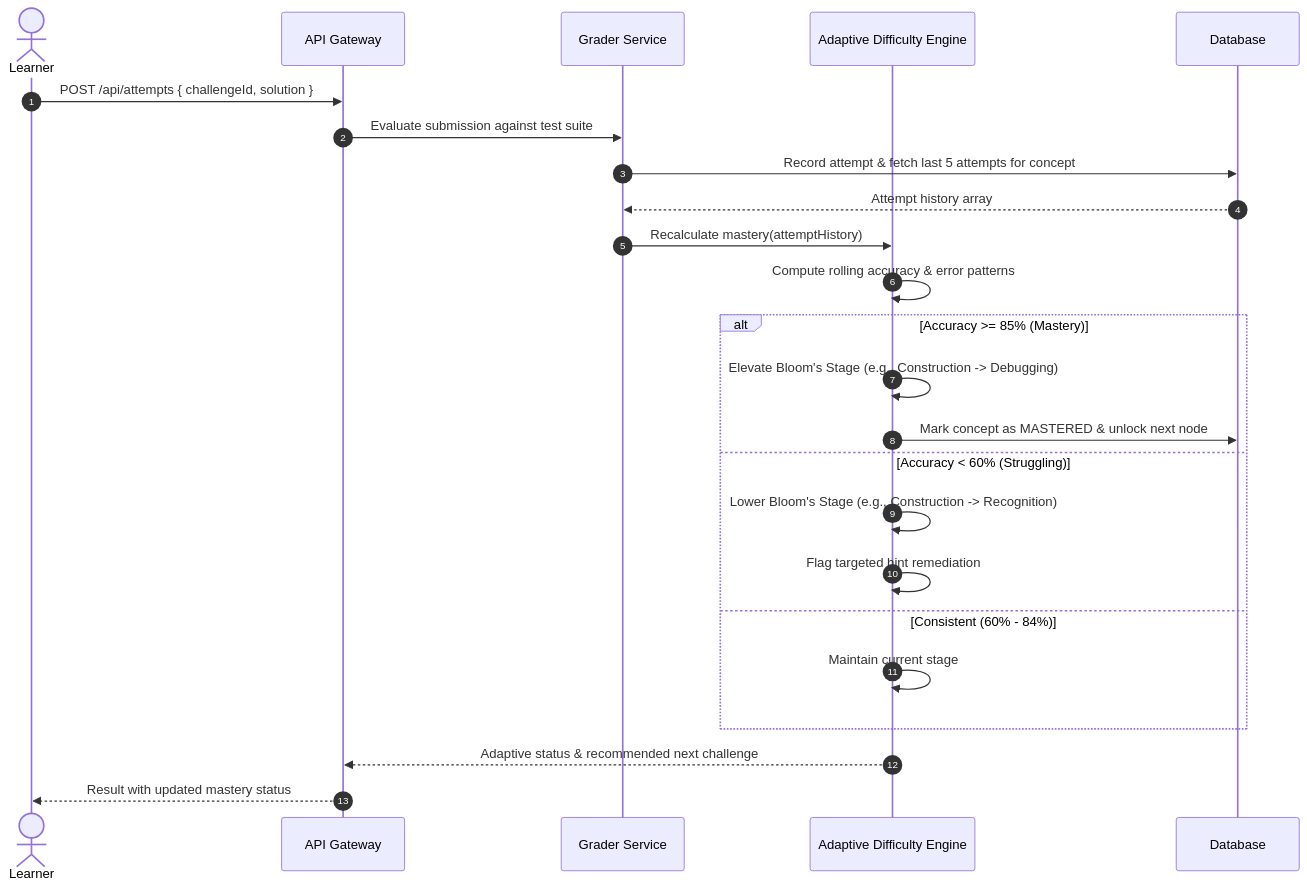
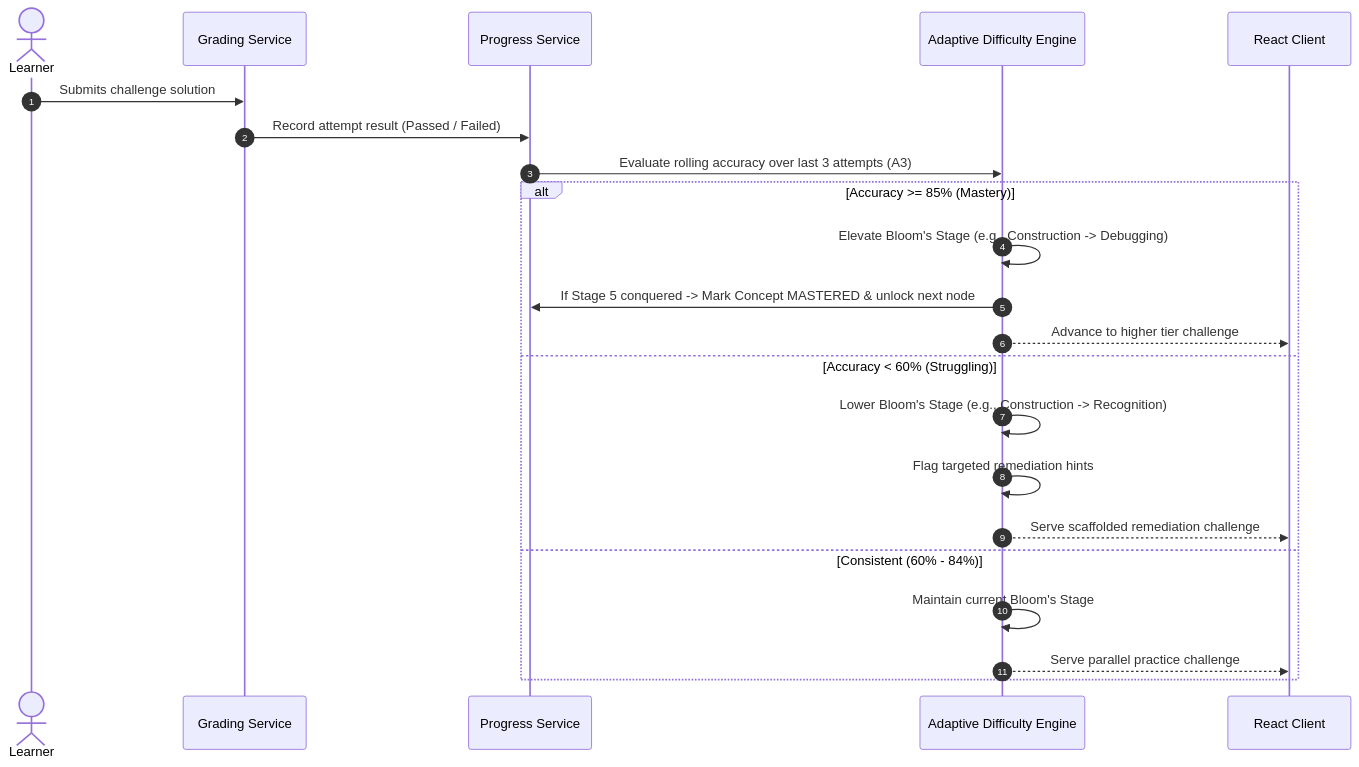
Before and after one commit to tanushreesrivastavs125-code/CodeVerse: diagram 12 of 13 in docs/HLD.md, drawn with Mermaid. The commit also changed other lines of this file, not shown here.

````diff
--- a/docs/HLD.md
+++ b/docs/HLD.md
@@ -1250,27 +1431,25 @@
 ```mermaid
 sequenceDiagram
     autonumber
-    actor User as Learner
-    participant API as API Gateway
-    participant Grader as Grader Service
-    participant Adaptive as Adaptive Difficulty Engine
-    participant DB as Database
+    actor Learner as Learner
+    participant Grader as Grading Service
+    participant Progress as Progress Service
+    participant DiffEngine as Adaptive Difficulty Engine
+    participant UI as React Client
 
-    User->>API: POST /api/attempts { challengeId, solution }
-    API->>Grader: Evaluate submission against test suite
-    Grader->>DB: Record attempt & fetch last 5 attempts for concept
-    DB-->>Grader: Attempt history array
-    Grader->>Adaptive: Recalculate mastery(attemptHistory)
-    Adaptive->>Adaptive: Compute rolling accuracy & error patterns
+    Learner->>Grader: Submits challenge solution
+    Grader->>Progress: Record attempt result (Passed / Failed)
+    Progress->>DiffEngine: Evaluate rolling accuracy over last 3 attempts (A3)
     alt Accuracy >= 85% (Mastery)
-        Adaptive->>Adaptive: Elevate Bloom's Stage (e.g., Construction -> Debugging)
-        Adaptive->>DB: Mark concept as MASTERED & unlock next node
+        DiffEngine->>DiffEngine: Elevate Bloom's Stage (e.g., Construction -> Debugging)
+        DiffEngine->>Progress: If Stage 5 conquered -> Mark Concept MASTERED & unlock next node
+        DiffEngine-->>UI: Advance to higher tier challenge
     else Accuracy < 60% (Struggling)
-        Adaptive->>Adaptive: Lower Bloom's Stage (e.g., Construction -> Recognition)
-        Adaptive->>Adaptive: Flag targeted hint remediation
+        DiffEngine->>DiffEngine: Lower Bloom's Stage (e.g., Construction -> Recognition)
+        DiffEngine->>DiffEngine: Flag targeted remediation hints
+        DiffEngine-->>UI: Serve scaffolded remediation challenge
     else Consistent (60% - 84%)
-        Adaptive->>Adaptive: Maintain current stage
+        DiffEngine->>DiffEngine: Maintain current Bloom's Stage
+        DiffEngine-->>UI: Serve parallel practice challenge
     end
-    Adaptive-->>API: Adaptive status & recommended next challenge
-    API-->>User: Result with updated mastery status
 ```
````
